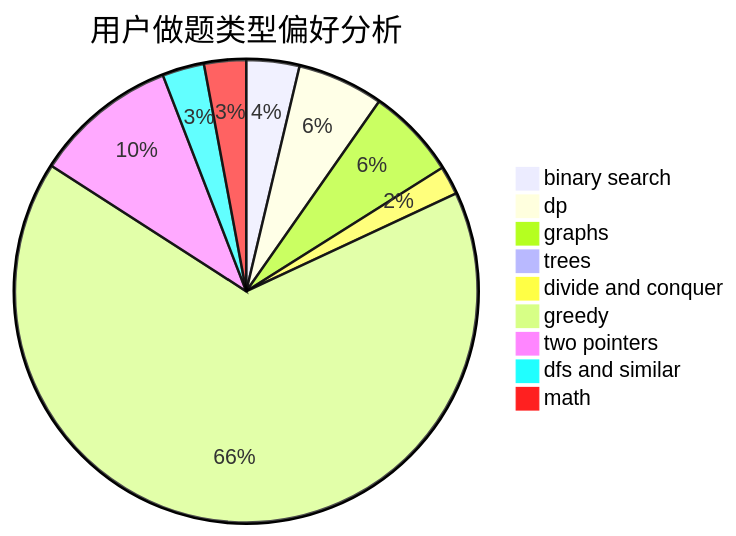
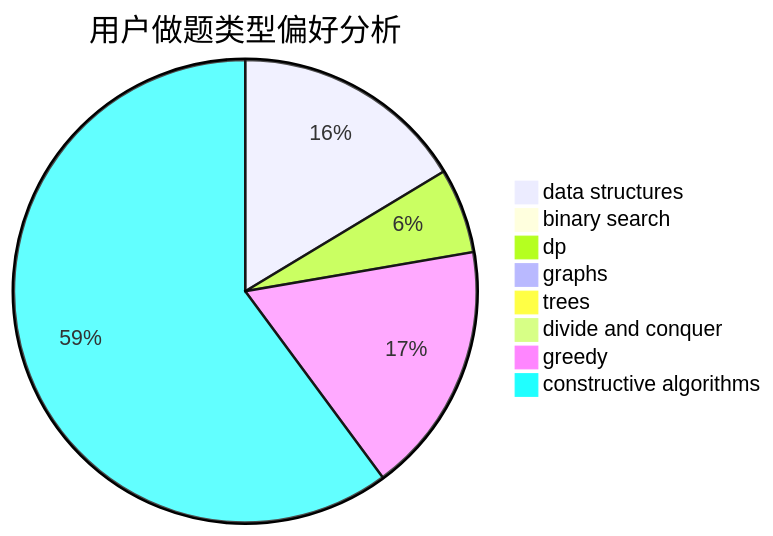
The second of 3 diagrams in docs/user/u1721.md (sherpahu/cfrs.github.io), drawn with Mermaid before and after one commit. The commit also changed other lines of this file and 2775 other files, not shown here.

````diff
--- a/docs/user/u1721.md
+++ b/docs/user/u1721.md
@@ -23,12 +23,11 @@
 ```mermaid
 pie title 用户做题类型偏好分析
-    "binary search" :  24
-    "dp" :  39
-    "graphs" :  41
-    "trees" :  4
-    "divide and conquer" :  13
-    "greedy" :  428
-    "two pointers" :  65
-    "dfs and similar" :  19
-    "math" :  19
+    "data structures" :  80
+    "binary search" :  3
+    "dp" :  29
+    "graphs" :  4
+    "trees" :  3
+    "divide and conquer" :  3
+    "greedy" :  86
+    "constructive algorithms" :  294
 ```
````
